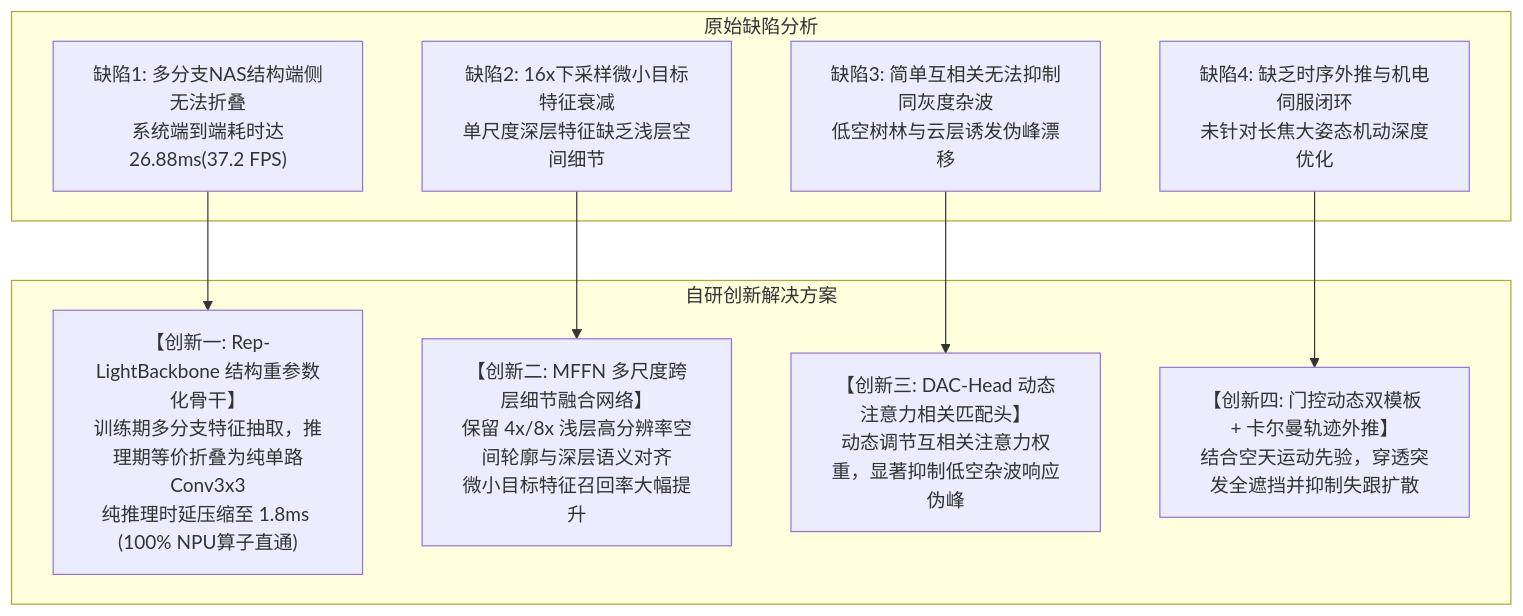
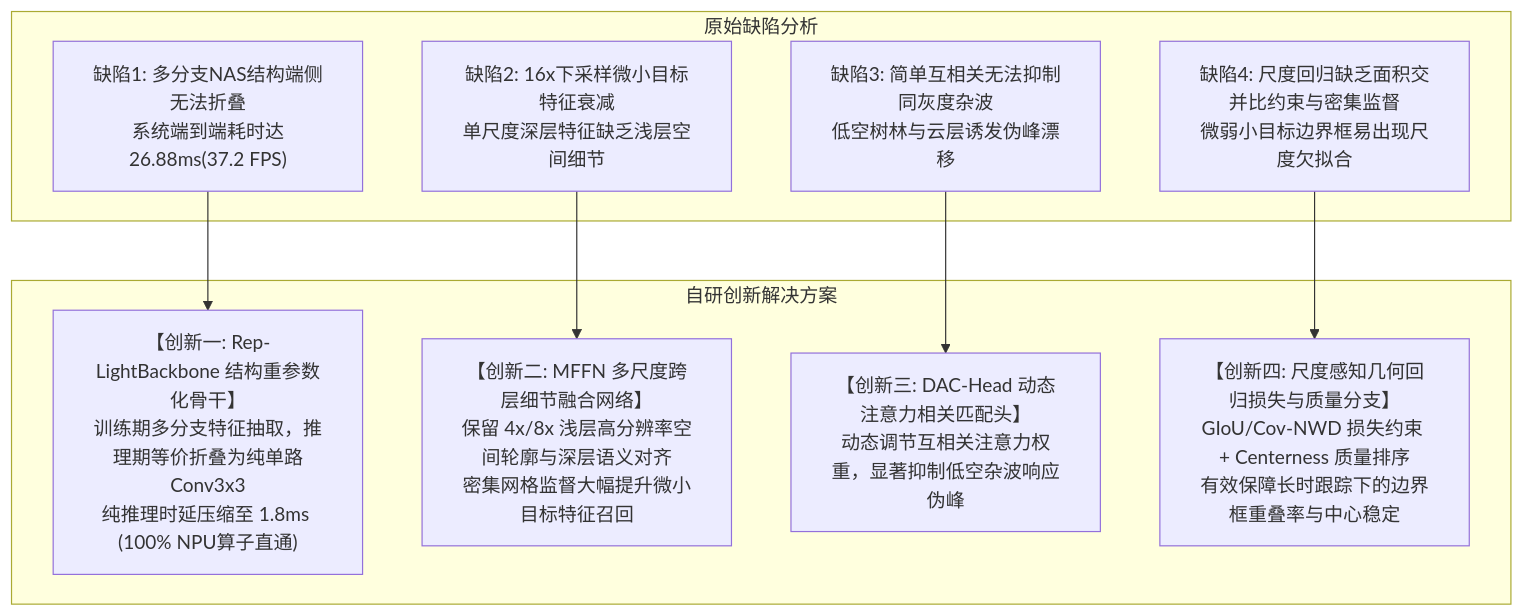
One commit to soranokiseki1437/nanhu_RGB_PTZ changed the diagram in 课题/轻量级跟踪基线实验分析与Rep-LightBackbone立项论证.md. Above: the diagram before and after it, drawn with Mermaid. The commit also changed other lines of this file and 9 other files, not shown here.

````diff
--- a/课题/轻量级跟踪基线实验分析与Rep-LightBackbone立项论证.md
+++ b/课题/轻量级跟踪基线实验分析与Rep-LightBackbone立项论证.md
@@ -139,21 +154,21 @@
 ```mermaid
 flowchart TD
     subgraph 原始缺陷分析
         D1["缺陷1: 多分支NAS结构端侧无法折叠<br/>系统端到端耗时达26.88ms(37.2 FPS)"]
         D2["缺陷2: 16x下采样微小目标特征衰减<br/>单尺度深层特征缺乏浅层空间细节"]
         D3["缺陷3: 简单互相关无法抑制同灰度杂波<br/>低空树林与云层诱发伪峰漂移"]
-        D4["缺陷4: 缺乏时序外推与机电伺服闭环<br/>未针对长焦大姿态机动深度优化"]
+        D4["缺陷4: 尺度回归缺乏面积交并比约束与密集监督<br/>微弱小目标边界框易出现尺度欠拟合"]
     end
 
     subgraph 自研创新解决方案
         S1["【创新一: Rep-LightBackbone 结构重参数化骨干】<br/>训练期多分支特征抽取，推理期等价折叠为纯单路Conv3x3<br/>纯推理时延压缩至 1.8ms (100% NPU算子直通)"]
-        S2["【创新二: MFFN 多尺度跨层细节融合网络】<br/>保留 4x/8x 浅层高分辨率空间轮廓与深层语义对齐<br/>微小目标特征召回率大幅提升"]
+        S2["【创新二: MFFN 多尺度跨层细节融合网络】<br/>保留 4x/8x 浅层高分辨率空间轮廓与深层语义对齐<br/>密集网格监督大幅提升微小目标特征召回"]
         S3["【创新三: DAC-Head 动态注意力相关匹配头】<br/>动态调节互相关注意力权重，显著抑制低空杂波响应伪峰"]
-        S4["【创新四: 门控动态双模板 + 卡尔曼轨迹外推】<br/>结合空天运动先验，穿透突发全遮挡并抑制失跟扩散"]
+        S4["【创新四: 尺度感知几何回归损失与质量分支】<br/>GIoU/Cov-NWD 损失约束 + Centerness 质量排序<br/>有效保障长时跟踪下的边界框重叠率与中心稳定"]
     end
 
     D1 --> S1
     D2 --> S2
     D3 --> S3
     D4 --> S4
 ```
````
